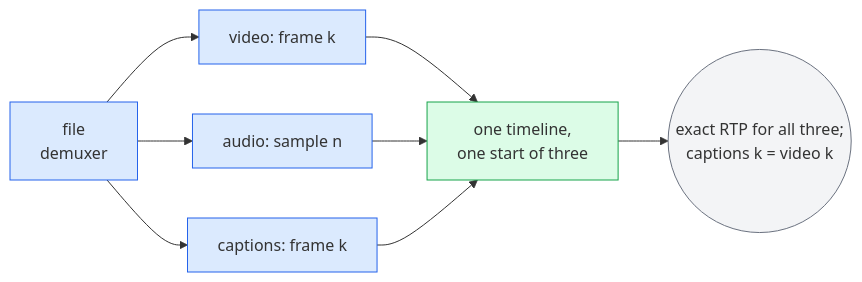
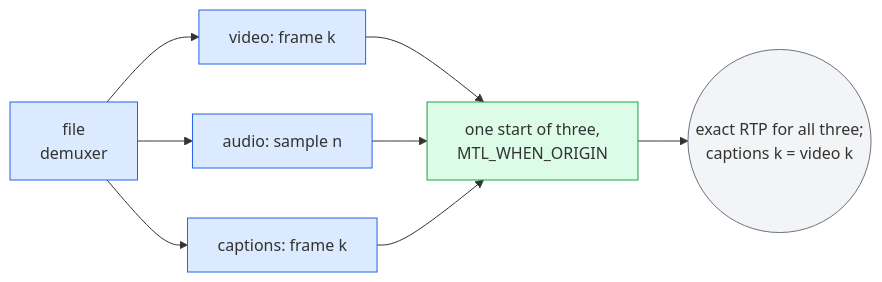
The ninth of 56 diagrams in doc/unified-api/diagrams.md (Sakoram/Media-Transport-Library), drawn with Mermaid before and after one commit. The commit also changed other lines of this file and 56 other files, not shown here.

````diff
--- a/doc/unified-api/diagrams.md
+++ b/doc/unified-api/diagrams.md
@@ -249,13 +249,13 @@
 ```mermaid
 flowchart LR
     F["file<br/>demuxer"]:::app --> V["video: frame k"]:::app
     F --> A["audio: sample n"]:::app
     F --> C["captions: frame k"]:::app
-    V --> T["one timeline,<br/>one start of three"]:::mtl
+    V --> T["one start of three,<br/>MTL_WHEN_ORIGIN"]:::mtl
     A --> T
     C --> T
     T --> W(("exact RTP for all three;<br/>captions k = video k")):::net
     classDef app fill:#dbeafe,stroke:#2563eb
     classDef mtl fill:#dcfce7,stroke:#16a34a
     classDef net fill:#f3f4f6,stroke:#6b7280
 ```
````
